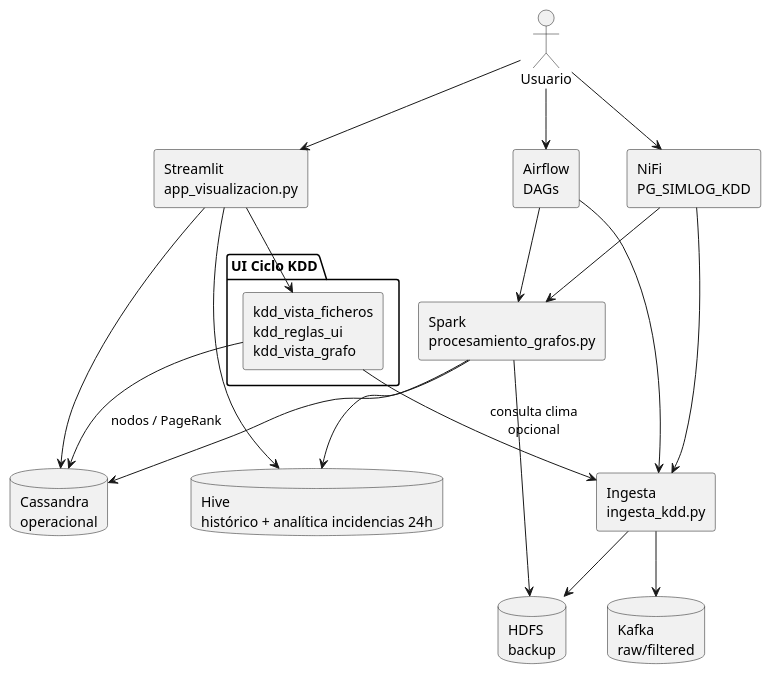
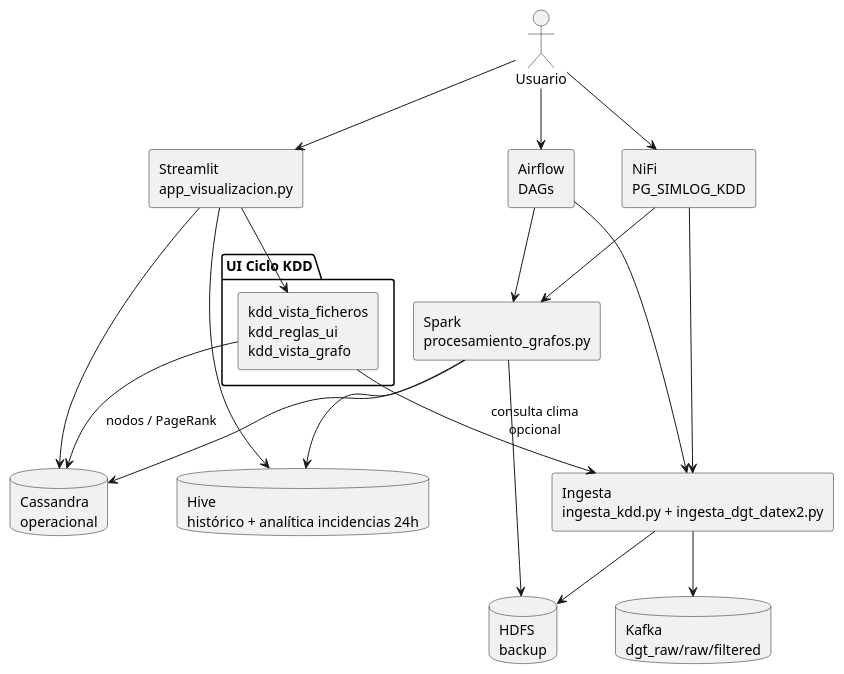
One commit to gracobjo/proyecto_transporte_global_standalone changed the diagram in docs/uml/componentes_simlog.puml. Above: the diagram before and after it, drawn with PlantUML. The commit also changed 31 other files, not shown here.

First line of the commit message:
feat(dgt/nifi/docs): integrar DATEX2 DGT en el pipeline

```diff
--- a/docs/uml/componentes_simlog.puml
+++ b/docs/uml/componentes_simlog.puml
@@ -1,41 +1,41 @@
 @startuml
 skinparam componentStyle rectangle
 
 actor "Usuario" as User
 
 component "Streamlit\napp_visualizacion.py" as UI
 package "UI Ciclo KDD" {
   component "kdd_vista_ficheros\nkdd_reglas_ui\nkdd_vista_grafo" as KDDUI
 }
 component "NiFi\nPG_SIMLOG_KDD" as NiFi
 component "Airflow\nDAGs" as Airflow
-component "Ingesta\ningesta_kdd.py" as Ingesta
+component "Ingesta\ningesta_kdd.py + ingesta_dgt_datex2.py" as Ingesta
 component "Spark\nprocesamiento_grafos.py" as Spark
-database "Kafka\nraw/filtered" as Kafka
+database "Kafka\ndgt_raw/raw/filtered" as Kafka
 database "HDFS\nbackup" as HDFS
 database "Cassandra\noperacional" as Cas
 database "Hive\nhistórico + analítica incidencias 24h" as Hive
 
 User --> UI
 User --> NiFi
 User --> Airflow
 
 UI --> KDDUI
 KDDUI --> Ingesta : consulta clima\nopcional
 KDDUI --> Cas : nodos / PageRank
 
 NiFi --> Ingesta
 Airflow --> Ingesta
 Ingesta --> Kafka
 Ingesta --> HDFS
 
 NiFi --> Spark
 Airflow --> Spark
 Spark --> Cas
 Spark --> Hive
 Spark --> HDFS
 
 UI --> Cas
 UI --> Hive
 
 @enduml
```
